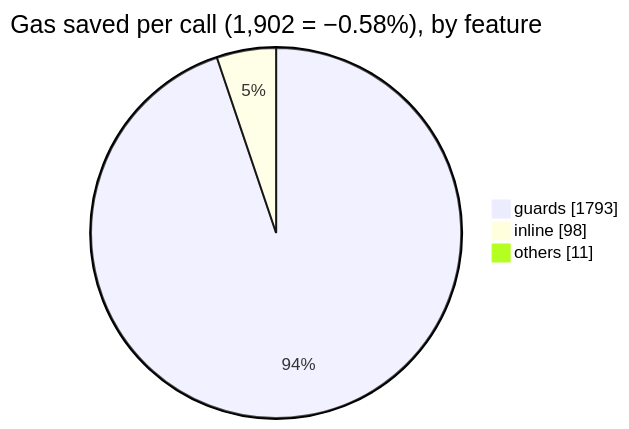
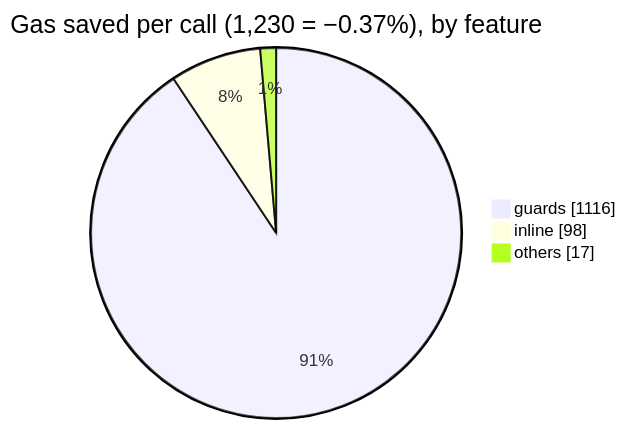
The first of 2 diagrams in README.md (Nov1kov/gasripper), drawn with Mermaid before and after one commit. The commit also changed other lines of this file and 18 other files, not shown here.

````diff
--- a/README.md
+++ b/README.md
@@ -32,7 +32,7 @@
 ```mermaid
 pie showData
-  title Gas saved per call (1,902 = −0.58%), by feature
-  "guards" : 1793
+  title Gas saved per call (1,230 = −0.37%), by feature
+  "guards" : 1116
   "inline" : 98
-  "others" : 11
+  "others" : 17
 ```
````
